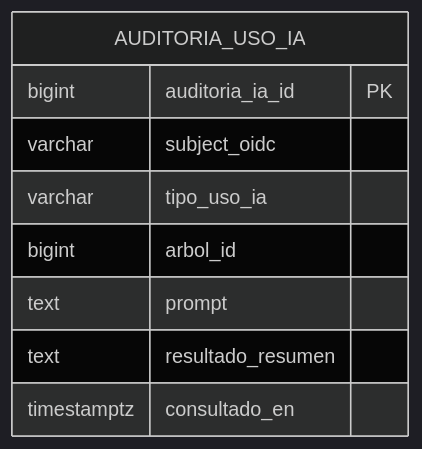
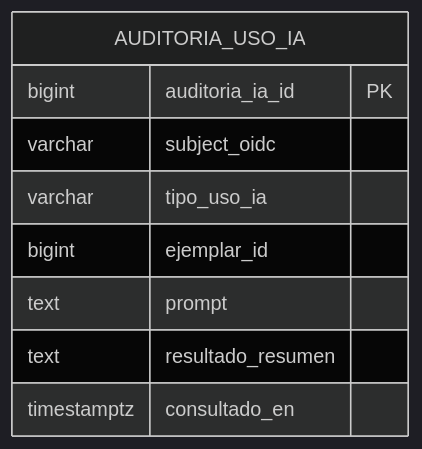
One commit to LIDR-academy/AI4Devs-finalproject changed diagram 19 of 19 in readme.md. Above: the diagram before and after it, drawn with Mermaid (dark theme). The commit also changed other lines of this file and 345 other files, not shown here.

````diff
--- a/readme.md
+++ b/readme.md
@@ -1246,12 +1243,12 @@
 ```mermaid
 erDiagram
     AUDITORIA_USO_IA {
         bigint auditoria_ia_id PK
         varchar subject_oidc
         varchar tipo_uso_ia
-        bigint arbol_id
+        bigint ejemplar_id
         text prompt
         text resultado_resumen
         timestamptz consultado_en
     }
 ```
````
